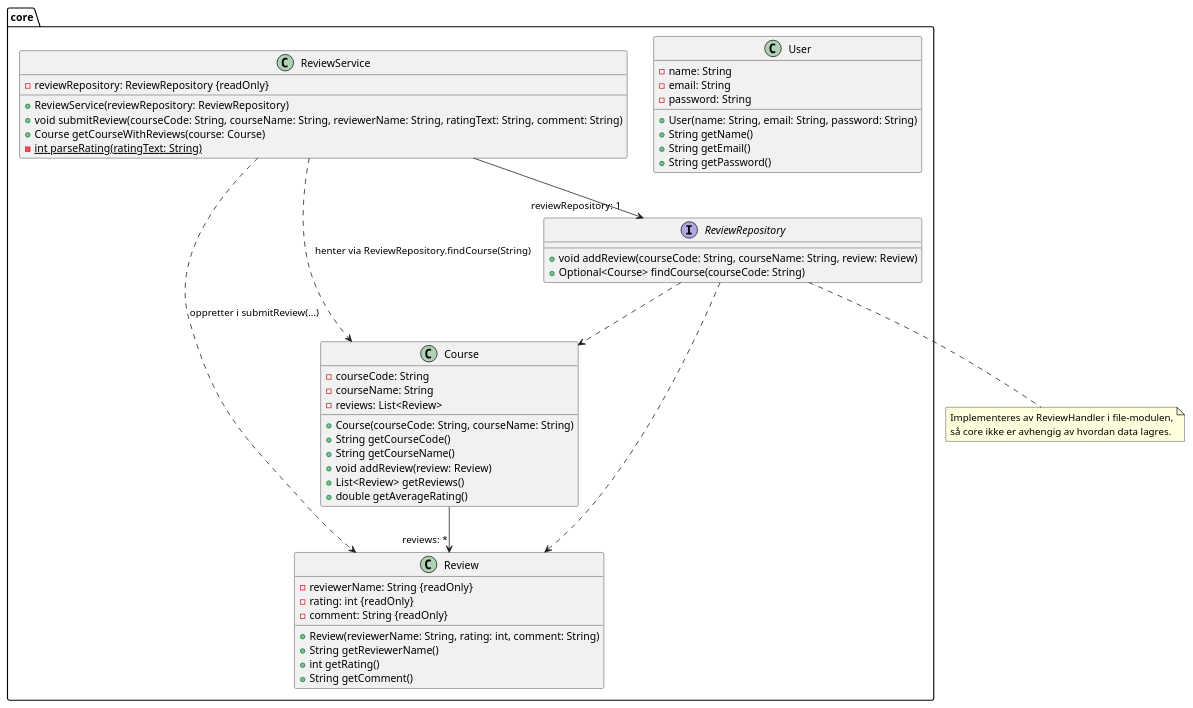
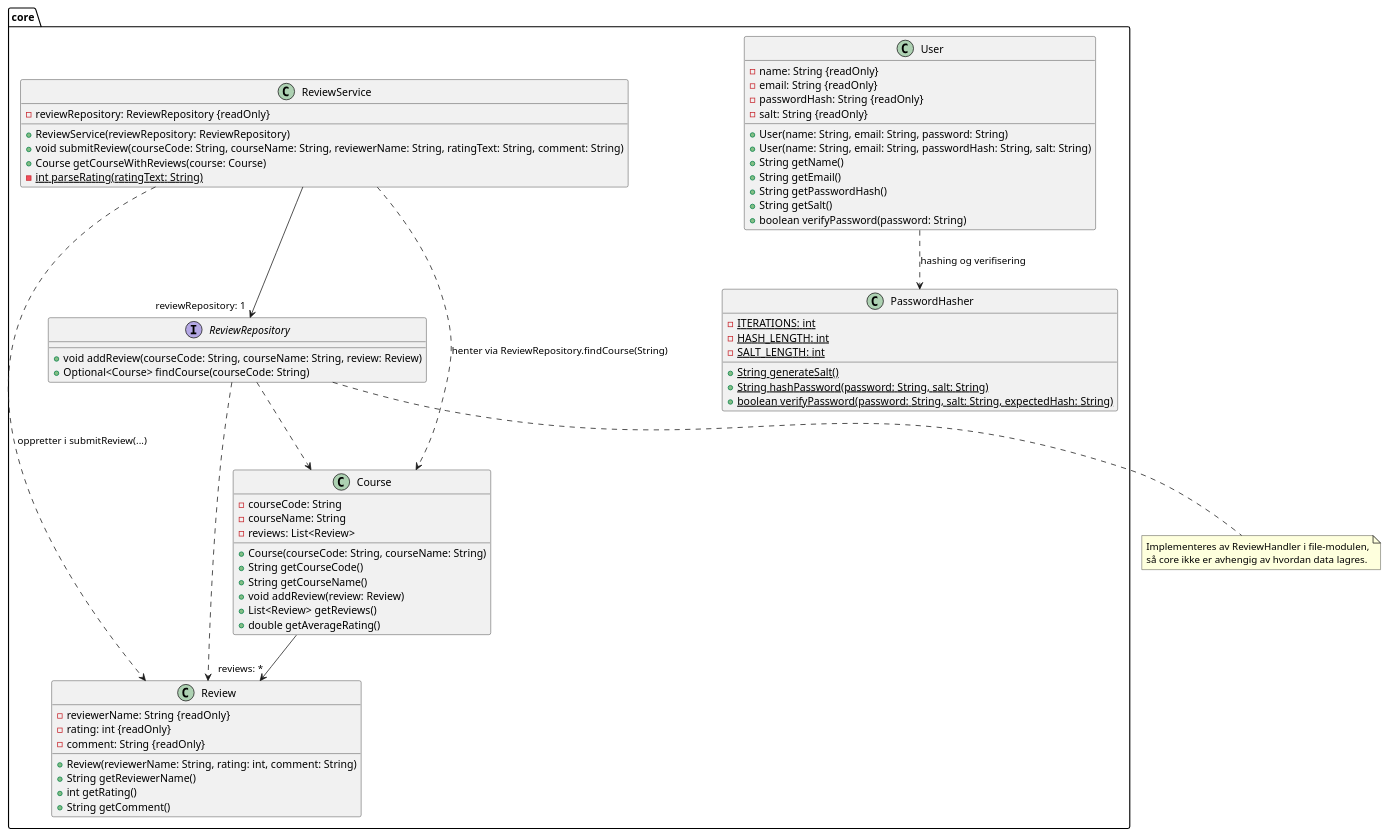
Before and after one commit to JesperBarosen/BIThub: the diagram in arkitektur/klassediagramCore.puml, drawn with PlantUML. The commit also changed 1 other file, not shown here.

Commit message:
Oppdater klassediagrammer for passordhashing
Oppdater User, PasswordHasher, UserDTO og UserHandler
i klassediagrammene for å gjenspeile den nye
passordhåndteringen med hash og salt.

ref #148

```diff
--- a/arkitektur/klassediagramCore.puml
+++ b/arkitektur/klassediagramCore.puml
@@ -1,63 +1,77 @@
 @startuml klassediagramCore
 
 package core {
 
     class Course {
         - courseCode: String
         - courseName: String
         - reviews: List<Review>
         + Course(courseCode: String, courseName: String)
         + String getCourseCode()
         + String getCourseName()
         + void addReview(review: Review)
         + List<Review> getReviews()
         + double getAverageRating()
     }
 
     class Review {
         - reviewerName: String {readOnly}
         - rating: int {readOnly}
         - comment: String {readOnly}
         + Review(reviewerName: String, rating: int, comment: String)
         + String getReviewerName()
         + int getRating()
         + String getComment()
     }
 
     class User {
-        - name: String
-        - email: String
-        - password: String
+        - name: String {readOnly}
+        - email: String {readOnly}
+        - passwordHash: String {readOnly}
+        - salt: String {readOnly}
         + User(name: String, email: String, password: String)
+        + User(name: String, email: String, passwordHash: String, salt: String)
         + String getName()
         + String getEmail()
-        + String getPassword()
+        + String getPasswordHash()
+        + String getSalt()
+        + boolean verifyPassword(password: String)
+    }
+
+    class PasswordHasher {
+        - {static} ITERATIONS: int
+        - {static} HASH_LENGTH: int
+        - {static} SALT_LENGTH: int
+        + {static} String generateSalt()
+        + {static} String hashPassword(password: String, salt: String)
+        + {static} boolean verifyPassword(password: String, salt: String, expectedHash: String)
     }
 
     interface ReviewRepository {
         + void addReview(courseCode: String, courseName: String, review: Review)
         + Optional<Course> findCourse(courseCode: String)
     }
 
     class ReviewService {
         - reviewRepository: ReviewRepository {readOnly}
         + ReviewService(reviewRepository: ReviewRepository)
         + void submitReview(courseCode: String, courseName: String, reviewerName: String, ratingText: String, comment: String)
         + Course getCourseWithReviews(course: Course)
         - {static} int parseRating(ratingText: String)
     }
 
+    User ..> PasswordHasher : hashing og verifisering
     Course --> "reviews: *" Review
     ReviewService --> "reviewRepository: 1" ReviewRepository
     ReviewService ..> Course : henter via ReviewRepository.findCourse(String)
     ReviewService ..> Review : oppretter i submitReview(...)
     ReviewRepository ..> Course
     ReviewRepository ..> Review
 }
 
 note bottom of ReviewRepository
   Implementeres av ReviewHandler i file-modulen,
   så core ikke er avhengig av hvordan data lagres.
 end note
 
 @enduml
```
